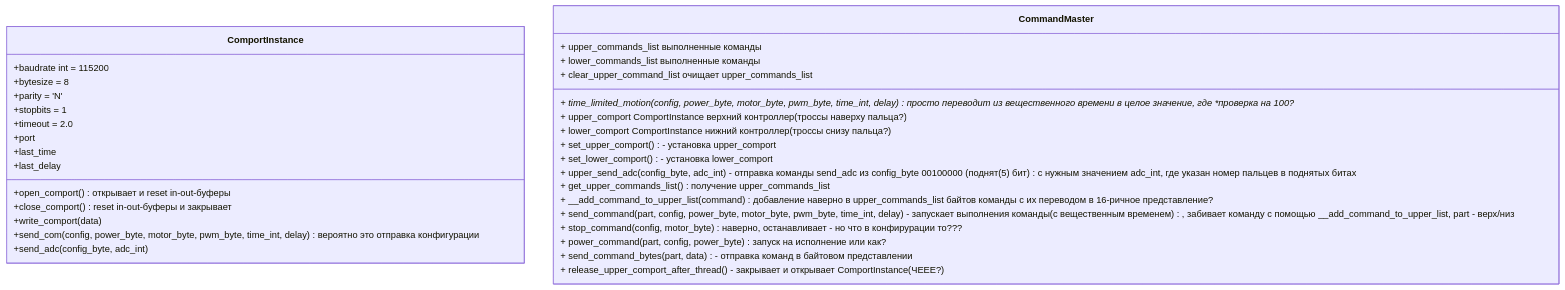
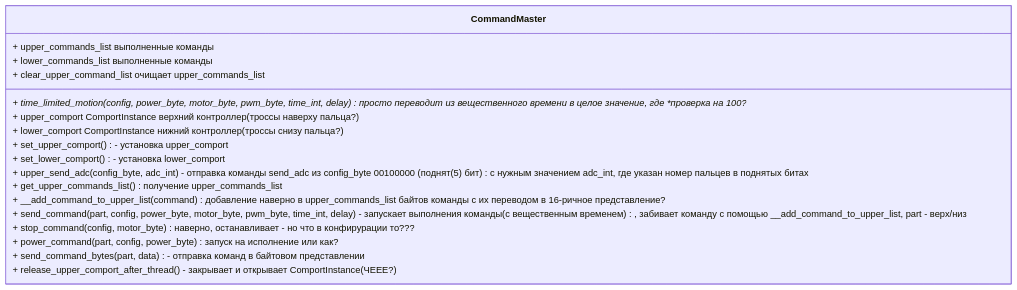
Before and after one commit to kosteleyyv/wiki_cybermed: the second of 2 diagrams in README.md, drawn with Mermaid.

````diff
--- a/README.md
+++ b/README.md
@@ -3,38 +22,21 @@
 ```mermaid
 classDiagram
-class ComportInstance {
-  +baudrate int = 115200
-  +bytesize = 8
-  +parity = 'N' 
-  +stopbits  = 1
-  +timeout = 2.0
-  +port 
-  +last_time
-  +last_delay
-  +open_comport() открывает и reset in-out-буферы
-  +close_comport() reset in-out-буферы и закрывает
-  +write_comport(data)
-  +send_com(config, power_byte, motor_byte, pwm_byte, time_int, delay) вероятно это отправка конфигурации
-  +send_adc(config_byte, adc_int)
-}
-
 class CommandMaster{
    + time_limited_motion(config, power_byte, motor_byte, pwm_byte, time_int, delay) просто переводит из вещественного времени в целое значение, где **проверка на 100?**
    + upper_comport ComportInstance верхний контроллер (троссы наверху пальца?)
    + lower_comport ComportInstance нижний контроллер (троссы снизу пальца?)
    + upper_commands_list выполненные команды
    + lower_commands_list выполненные команды
    + set_upper_comport() - установка upper_comport
    + set_lower_comport() - установка lower_comport
    + upper_send_adc(config_byte, adc_int) - отправка команды send_adc из config_byte 00100000 (поднят (5) бит) с нужным значением adc_int, где указан номер пальцев в поднятых битах
    + get_upper_commands_list() получение upper_commands_list
    + __add_command_to_upper_list (command) добавление наверно в upper_commands_list байтов команды с их переводом в 16-ричное представление?
    + clear_upper_command_list очищает upper_commands_list
    + send_command(part, config, power_byte, motor_byte, pwm_byte, time_int, delay) - запускает выполнения команды (с вещественным временем), забивает команду с помощью __add_command_to_upper_list, part - верх/низ
    + stop_command(config, motor_byte) наверно, останавливает - но что в конфирурации то???
    + power_command(part, config, power_byte) запуск на исполнение или как?
    + send_command_bytes( part, data) - отправка команд в байтовом представлении
    + release_upper_comport_after_thread() - закрывает и открывает ComportInstance (ЧЕЕЕ?)
 }
-
 ```
````
